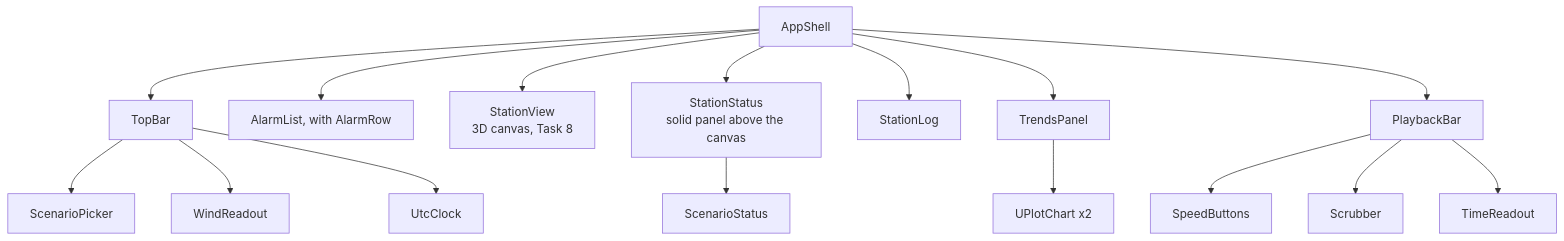
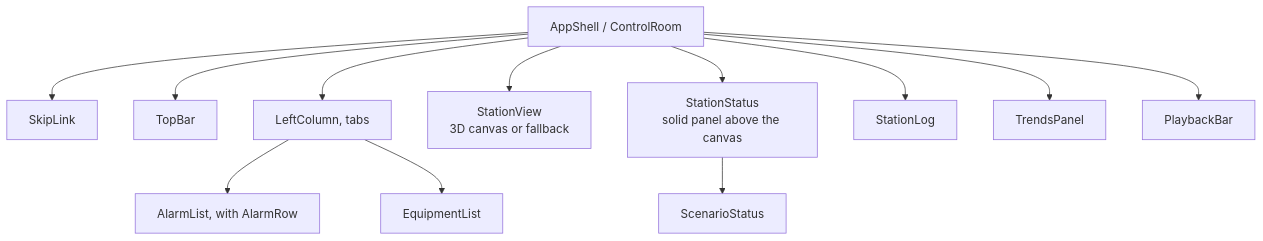
Before and after one commit to Nagdy8888/PlumeTrace: the second of 4 diagrams in docs/reference/UI_PANELS.md, drawn with Mermaid. The commit also changed other lines of this file and 41 other files, not shown here.

First line of the commit message:
feat(a11y): add equipment list, WebGL fallback, mobile page and keyboard access

````diff
--- a/docs/reference/UI_PANELS.md
+++ b/docs/reference/UI_PANELS.md
@@ -57,18 +60,14 @@
 ```mermaid
 flowchart TD
-    Shell["AppShell"] --> Top["TopBar"]
-    Top --> Picker["ScenarioPicker"]
-    Top --> Wind["WindReadout"]
-    Top --> Utc["UtcClock"]
-    Shell --> AL["AlarmList, with AlarmRow"]
-    Shell --> SV["StationView<br/>3D canvas, Task 8"]
+    Shell["AppShell / ControlRoom"] --> Skip["SkipLink"]
+    Shell --> Top["TopBar"]
+    Shell --> LC["LeftColumn, tabs"]
+    LC --> AL["AlarmList, with AlarmRow"]
+    LC --> EQ["EquipmentList"]
+    Shell --> SV["StationView<br/>3D canvas or fallback"]
     Shell --> SS["StationStatus<br/>solid panel above the canvas"]
     SS --> Stat["ScenarioStatus"]
     Shell --> SL["StationLog"]
     Shell --> TP["TrendsPanel"]
-    TP --> UC["UPlotChart x2"]
     Shell --> PB["PlaybackBar"]
-    PB --> SB["SpeedButtons"]
-    PB --> SC["Scrubber"]
-    PB --> TR["TimeReadout"]
 ```
````
